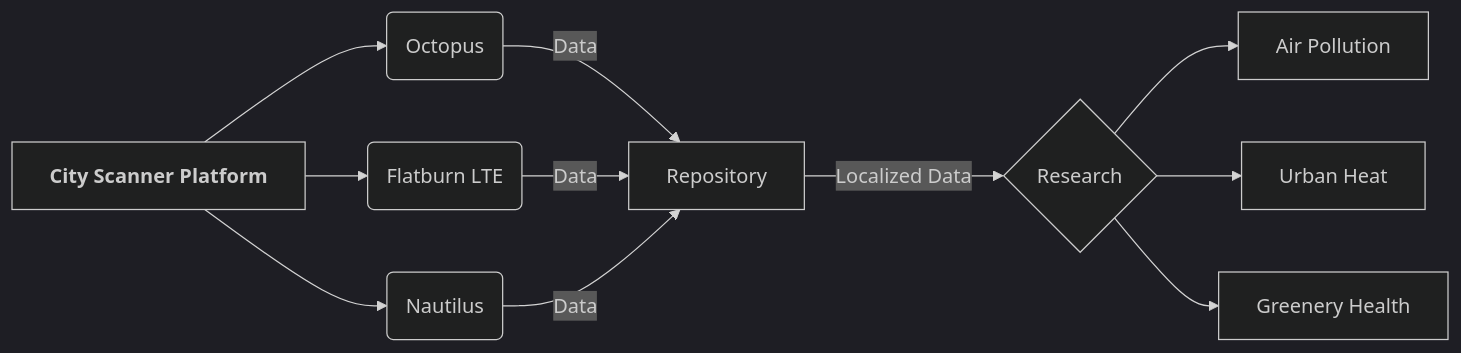
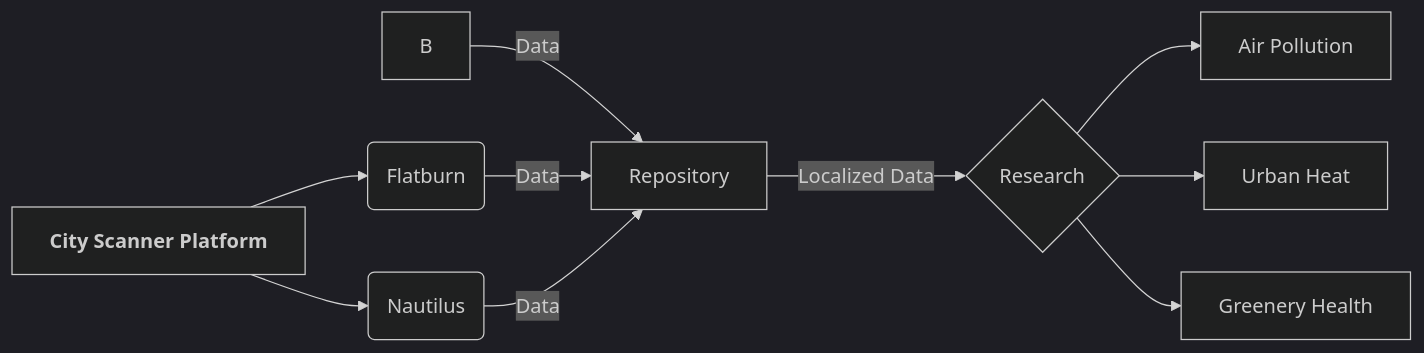
One commit to MIT-Senseable-City-Lab/flatburn-lte changed the diagram in documentation/content/explore/platform.md. Above: the diagram before and after it, drawn with Mermaid (dark theme). The commit also changed 6 other files, not shown here.

Commit message:
remove all mentions to LTE and octopus

````diff
--- a/documentation/content/explore/platform.md
+++ b/documentation/content/explore/platform.md
@@ -10,17 +10,16 @@
  ```mermaid
 graph LR;
-    A[City Scanner Platform] -->B(Octopus)
-    A[City Scanner Platform] -->C(Flatburn LTE)
+    A[City Scanner Platform] -->C(Flatburn)
     A[<b>City Scanner Platform</b>] -->D(Nautilus)
 
     B --> |Data| E[Repository]
     C --> |Data| E[Repository]
     D --> |Data| E[Repository]
 
     E --> |Localized Data| F{Research}
 
     F --> G[Air Pollution]
     F --> H[Urban Heat]
     F --> I[Greenery Health]
 
 ```
````
